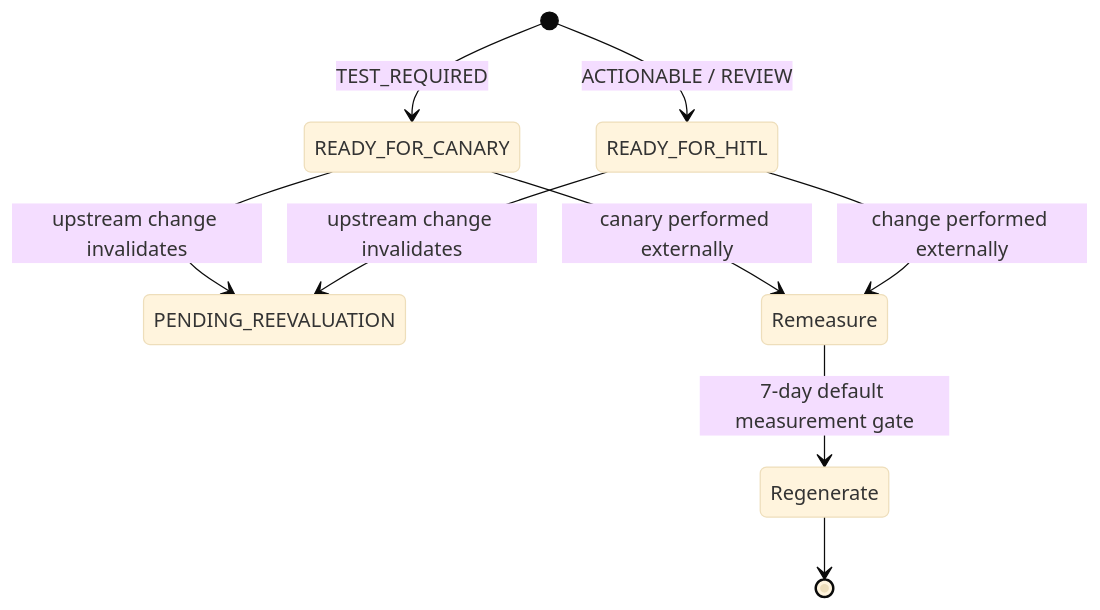
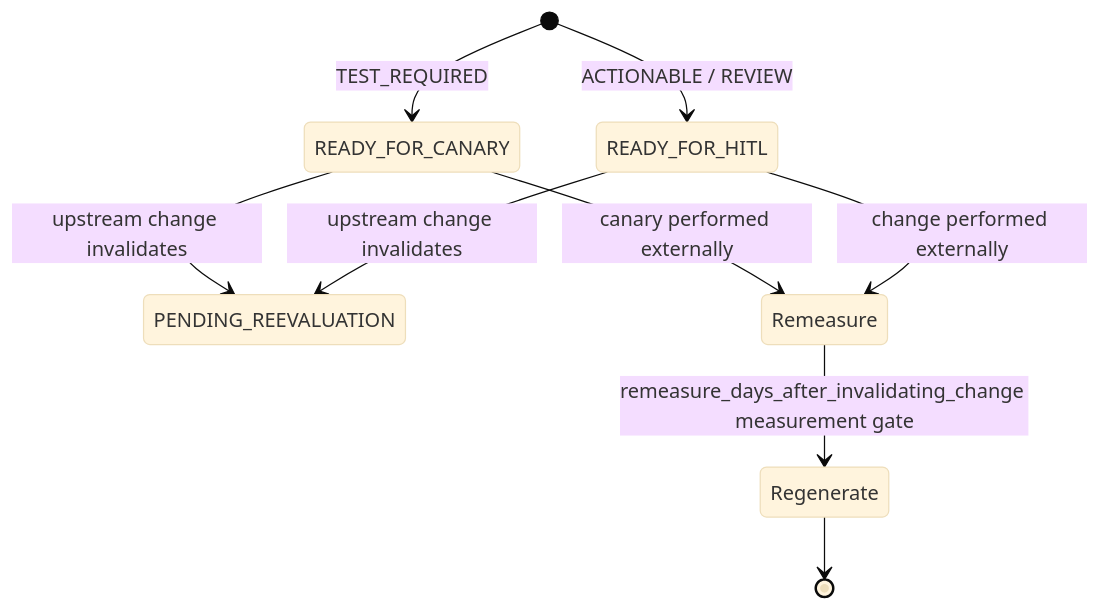
Before and after one commit to thiaga-gk/expert-funicular: diagram 13 of 19 in docs/architecture/lld.md, drawn with Mermaid (base theme). The commit also changed other lines of this file and 8 other files, not shown here.

````diff
--- a/docs/architecture/lld.md
+++ b/docs/architecture/lld.md
@@ -1032,11 +989,11 @@
 ```mermaid
 stateDiagram-v2
     [*] --> READY_FOR_CANARY: TEST_REQUIRED
     [*] --> READY_FOR_HITL: ACTIONABLE / REVIEW
     READY_FOR_CANARY --> PENDING_REEVALUATION: upstream change invalidates
     READY_FOR_HITL --> PENDING_REEVALUATION: upstream change invalidates
     READY_FOR_CANARY --> Remeasure: canary performed externally
     READY_FOR_HITL --> Remeasure: change performed externally
-    Remeasure --> Regenerate: 7-day default measurement gate
+    Remeasure --> Regenerate: remeasure_days_after_invalidating_change measurement gate
     Regenerate --> [*]
 ```
````
